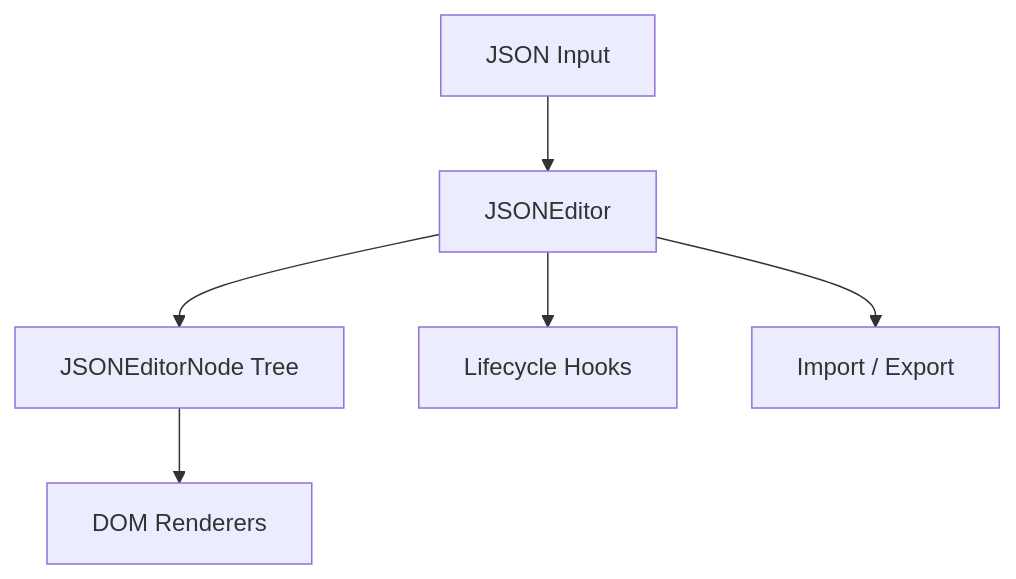
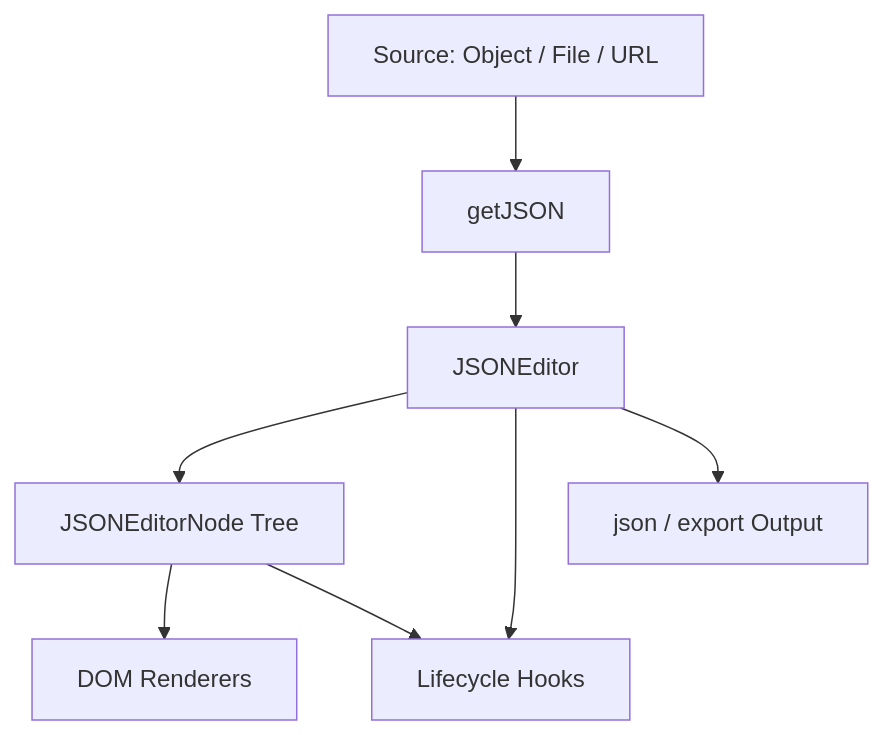
Before and after one commit to pardnchiu/NanoJSON: the diagram in README.md, drawn with Mermaid. The commit also changed other lines of this file and 8 other files, not shown here.

Commit message:
doc: Regenerate bilingual README, docs, and architecture per latest skill spec

````diff
--- a/README.md
+++ b/README.md
@@ -53,8 +41,10 @@
 ```mermaid
 graph TB
-    A[JSON Input] --> B[JSONEditor]
-    B --> C[JSONEditorNode Tree]
-    C --> D[DOM Renderers]
-    B --> E[Lifecycle Hooks]
-    B --> F[Import / Export]
+    A[Source: Object / File / URL] --> B[getJSON]
+    B --> C[JSONEditor]
+    C --> D[JSONEditorNode Tree]
+    D --> E[DOM Renderers]
+    C --> F[Lifecycle Hooks]
+    D --> F
+    C --> G[json / export Output]
 ```
````
